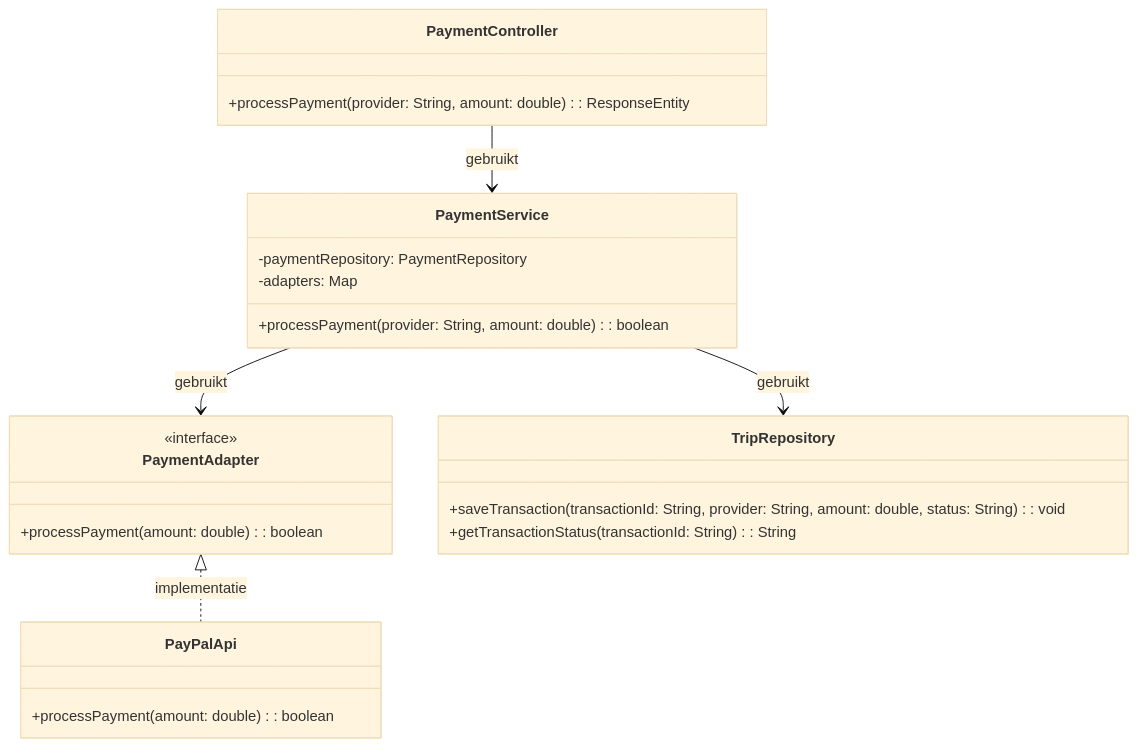
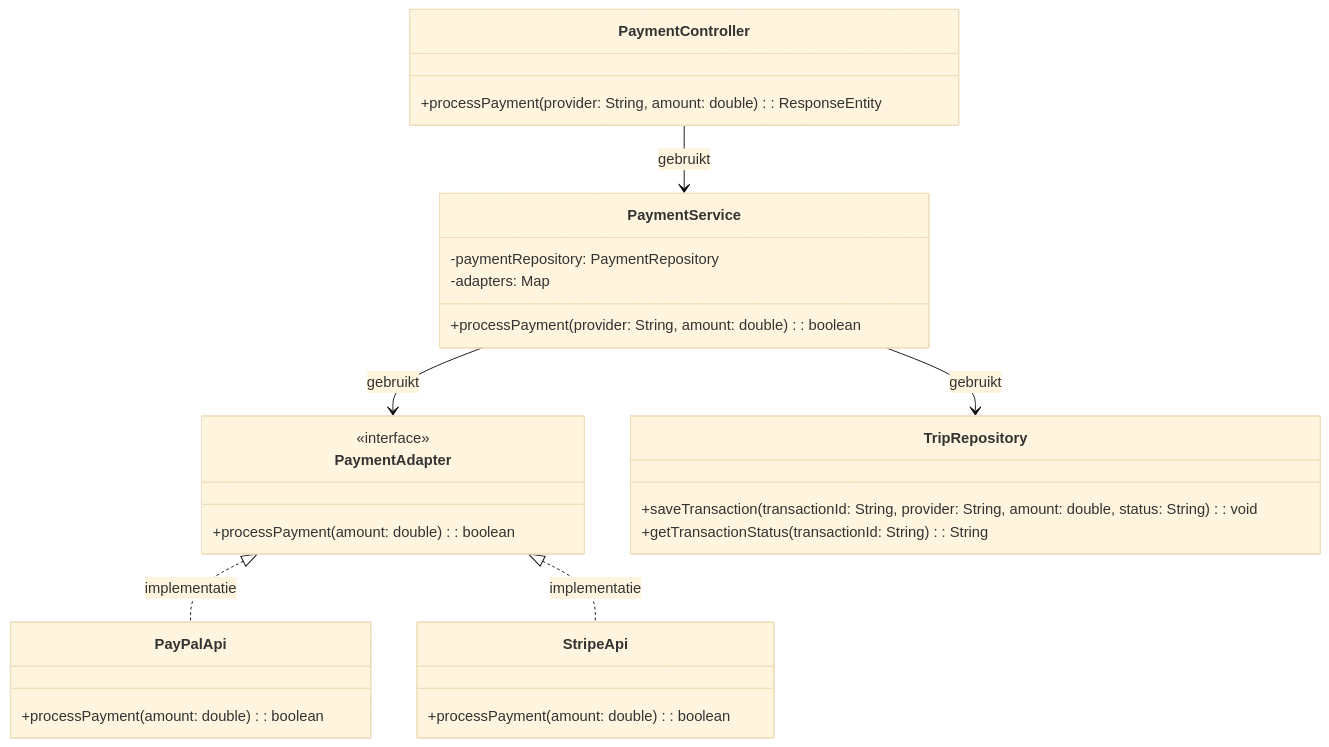
The second of 2 diagrams in Week2/Les3/Sacha/voorbereiding.md (AIM-ENE-feb25/triptop-inshallahboys), drawn with Mermaid (base theme) before and after one commit. The commit also changed 2 other files, not shown here.

Commit message:
klasse diagram aanpassing en adr

````diff
--- a/Week2/Les3/Sacha/voorbereiding.md
+++ b/Week2/Les3/Sacha/voorbereiding.md
@@ -47,34 +47,39 @@
 ```mermaid
 classDiagram
     class PaymentController {
         +processPayment(provider: String, amount: double): ResponseEntity<String>
     }
 
     class PaymentService {
         +processPayment(provider: String, amount: double): boolean
         -paymentRepository: PaymentRepository
         -adapters: Map<String, PaymentAdapter>
     }
 
     class PaymentAdapter {
         <<interface>>
         +processPayment(amount: double): boolean
     }
 
     class PayPalApi{
         +processPayment(amount: double): boolean
         
     }
+    
+    class StripeApi{
+        +processPayment(amount: double): boolean
+    }
 
     class TripRepository {
         +saveTransaction(transactionId: String, provider: String, amount: double, status: String): void
         +getTransactionStatus(transactionId: String): String
     }
 
     %% Relaties tussen de klassen
     PaymentController --> PaymentService : gebruikt
     PaymentService --> PaymentAdapter : gebruikt
     PaymentService --> TripRepository : gebruikt
     PaymentAdapter <|.. PayPalApi : implementatie
+    PaymentAdapter <|.. StripeApi : implementatie
 
 ```
````
